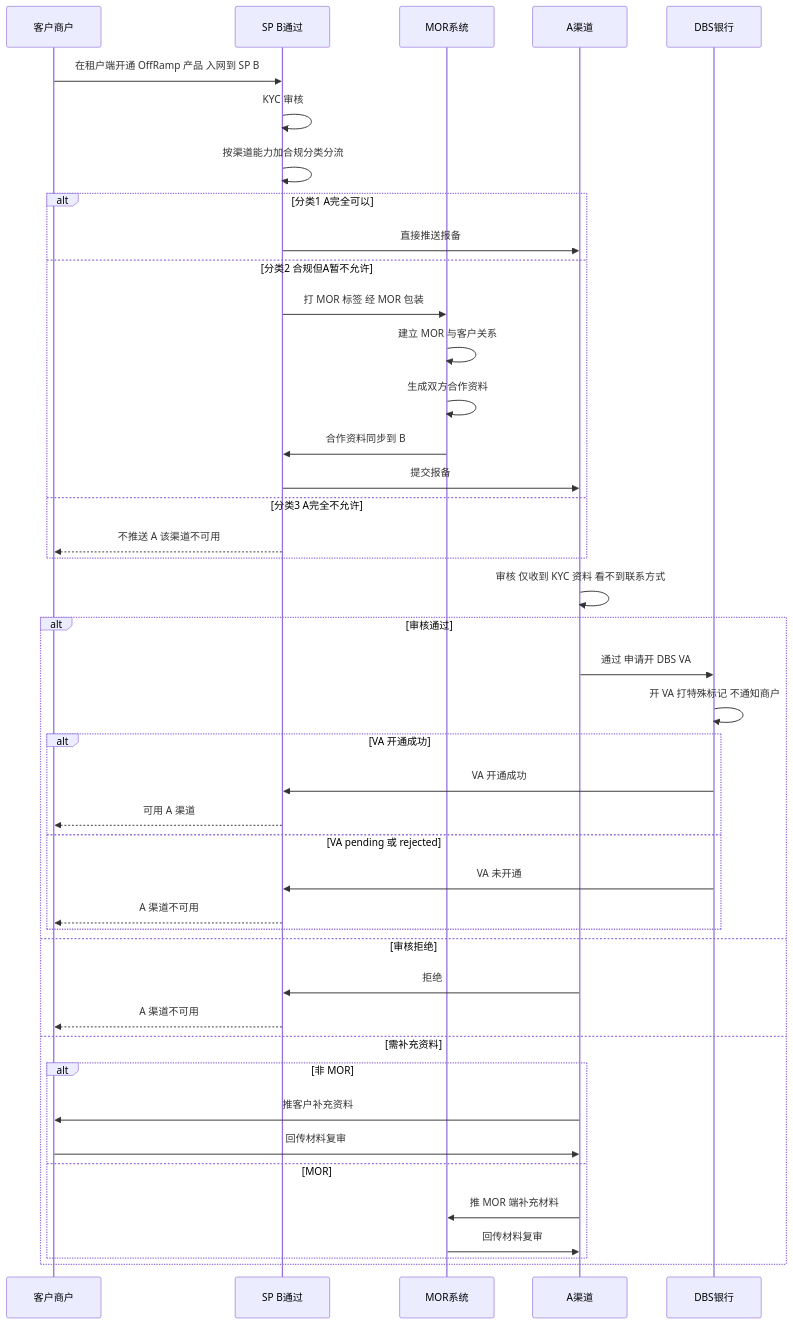
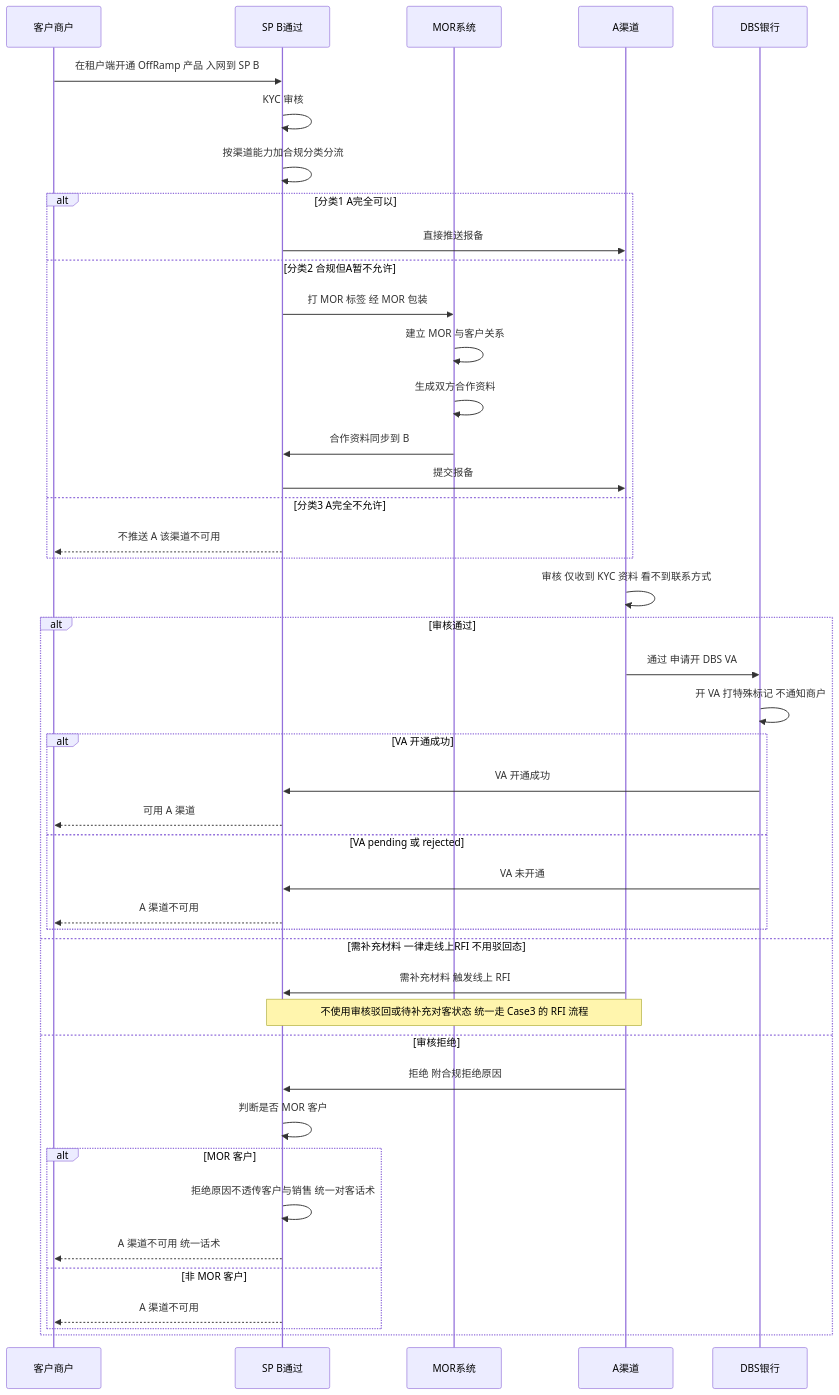
One commit to xiaoxiaoangie/EX-NEW changed the first of 17 diagrams in MORSolutions/解决方案/B-A-OFFRAMP.md. Above: the diagram before and after it, drawn with Mermaid. The commit also changed other lines of this file and 7 other files, not shown here.

````diff
--- a/MORSolutions/解决方案/B-A-OFFRAMP.md
+++ b/MORSolutions/解决方案/B-A-OFFRAMP.md
@@ -97,48 +95,49 @@
 ```mermaid
 sequenceDiagram
     participant CU as 客户商户
     participant SPB as SP B通过
     participant MOR as MOR系统
     participant A as A渠道
     participant DBS as DBS银行
 
     CU->>SPB: 在租户端开通 OffRamp 产品 入网到 SP B
     SPB->>SPB: KYC 审核
     SPB->>SPB: 按渠道能力加合规分类分流
 
     alt 分类1 A完全可以
         SPB->>A: 直接推送报备
     else 分类2 合规但A暂不允许
         SPB->>MOR: 打 MOR 标签 经 MOR 包装
         MOR->>MOR: 建立 MOR 与客户关系
         MOR->>MOR: 生成双方合作资料
         MOR->>SPB: 合作资料同步到 B
         SPB->>A: 提交报备
     else 分类3 A完全不允许
         SPB-->>CU: 不推送 A 该渠道不可用
     end
 
     A->>A: 审核 仅收到 KYC 资料 看不到联系方式
     alt 审核通过
         A->>DBS: 通过 申请开 DBS VA
         DBS->>DBS: 开 VA 打特殊标记 不通知商户
         alt VA 开通成功
             DBS->>SPB: VA 开通成功
             SPB-->>CU: 可用 A 渠道
         else VA pending 或 rejected
             DBS->>SPB: VA 未开通
             SPB-->>CU: A 渠道不可用
         end
+    else 需补充材料 一律走线上RFI 不用驳回态
+        A->>SPB: 需补充材料 触发线上 RFI
+        Note over SPB,A: 不使用审核驳回或待补充对客状态 统一走 Case3 的 RFI 流程
     else 审核拒绝
-        A->>SPB: 拒绝
-        SPB-->>CU: A 渠道不可用
-    else 需补充资料
-        alt 非 MOR
-            A->>CU: 推客户补充资料
-            CU->>A: 回传材料复审
-        else MOR
-            A->>MOR: 推 MOR 端补充材料
-            MOR->>A: 回传材料复审
+        A->>SPB: 拒绝 附合规拒绝原因
+        SPB->>SPB: 判断是否 MOR 客户
+        alt MOR 客户
+            SPB->>SPB: 拒绝原因不透传客户与销售 统一对客话术
+            SPB-->>CU: A 渠道不可用 统一话术
+        else 非 MOR 客户
+            SPB-->>CU: A 渠道不可用
         end
     end
 ```
````
